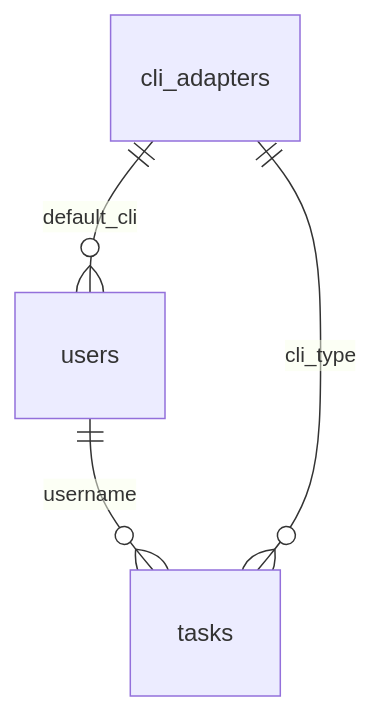
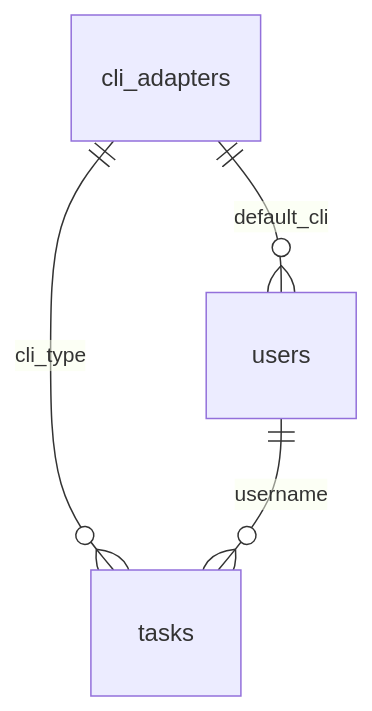
One commit to notfolder/CodingAgentAutomata changed the fifth of 14 diagrams in docs/detail_design.md. Above: the diagram before and after it, drawn with Mermaid. The commit also changed other lines of this file and 15 other files, not shown here.

````diff
--- a/docs/detail_design.md
+++ b/docs/detail_design.md
@@ -127,6 +344,6 @@
 ```mermaid
 erDiagram
-  users ||--o{ tasks : username
   cli_adapters ||--o{ users : default_cli
   cli_adapters ||--o{ tasks : cli_type
+  users ||--o{ tasks : username
 ```
````
